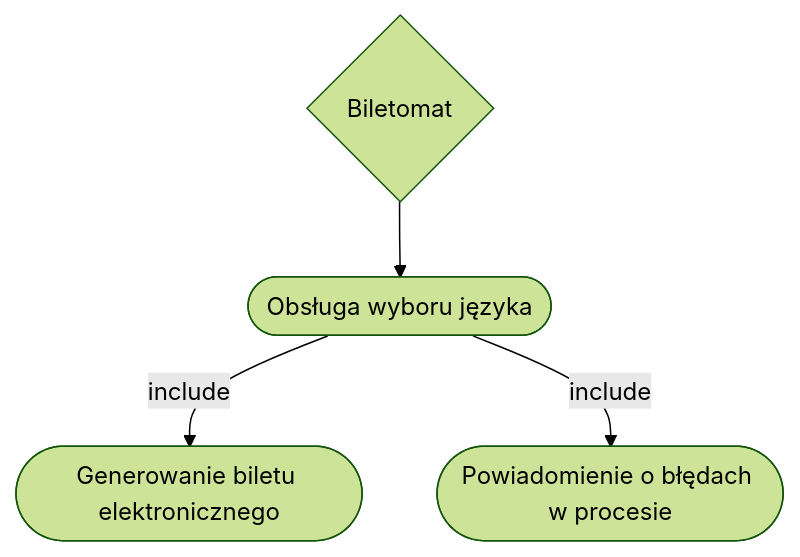
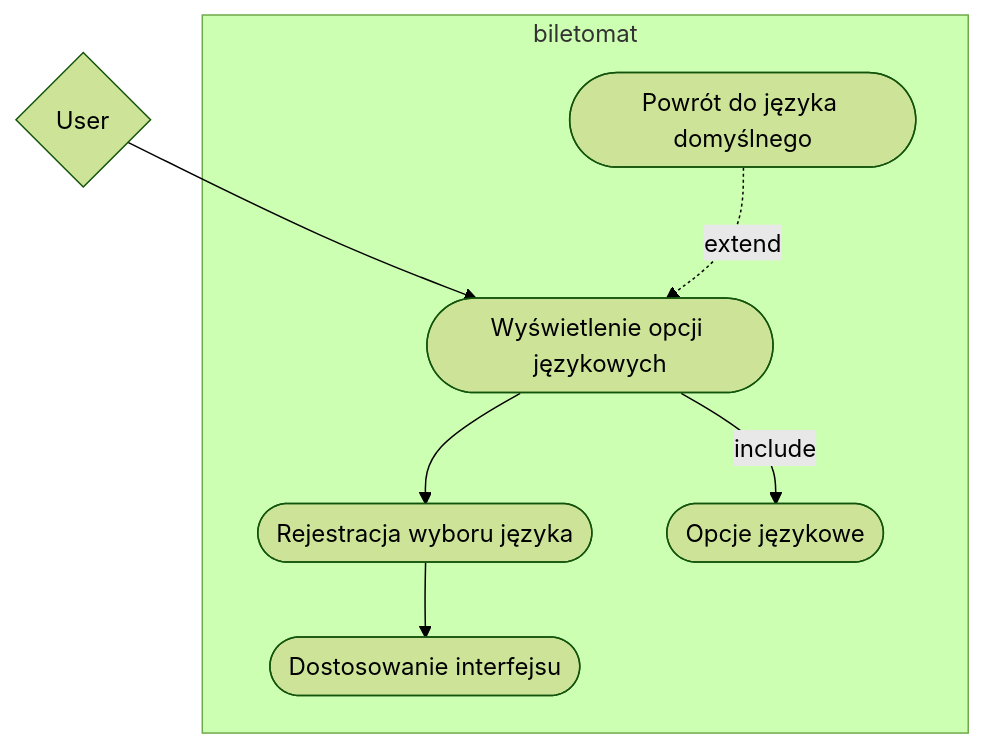
The first of 3 diagrams in biletomat.md (pilukal/MWO), drawn with Mermaid (forest theme) before and after one commit.

Commit message:
Update biletomat.md
naprawniony diagram przypadków użycia obsługa zmiany języka

````diff
--- a/biletomat.md
+++ b/biletomat.md
@@ -11,11 +11,20 @@
 ```mermaid
 flowchart TD
-    Biletomat{Biletomat}
-    Obsluga_wyboru_jezyka([Obsługa wyboru języka])
-    Generowanie_biletu_elektronicznego([Generowanie biletu elektronicznego])
-    Powiadomienie_o_bledach_w_procesie([Powiadomienie o błędach w procesie])
+    User{User}
+    User --> Wyświetlenie_opcji_jezykowych
 
-    Biletomat --> Obsluga_wyboru_jezyka
-    Obsluga_wyboru_jezyka --> |include| Generowanie_biletu_elektronicznego
-    Obsluga_wyboru_jezyka --> |include| Powiadomienie_o_bledach_w_procesie
+    subgraph biletomat
+    
+    Wyświetlenie_opcji_jezykowych([Wyświetlenie opcji językowych])
+    Rejestracja_wyboru_jezyka([Rejestracja wyboru języka])
+    Dostosowanie_interfejsu([Dostosowanie interfejsu])
+    Opcje_jezykowe([Opcje językowe])
+    Powrot_do_jezyka_domyslnego([Powrót do języka domyślnego])
+
+    Wyświetlenie_opcji_jezykowych --> Rejestracja_wyboru_jezyka
+    Rejestracja_wyboru_jezyka --> Dostosowanie_interfejsu
+    Wyświetlenie_opcji_jezykowych --> |include| Opcje_jezykowe
+    Powrot_do_jezyka_domyslnego -.-> |extend| Wyświetlenie_opcji_jezykowych
+
+    end
 ```
````
